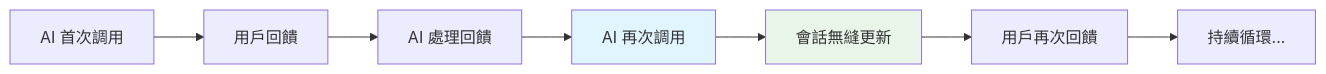
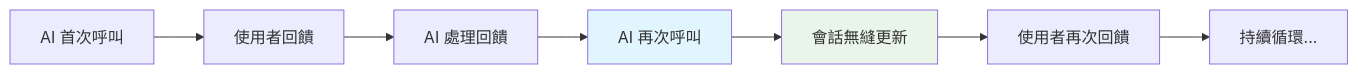
Before and after one commit to CloudEngineHub/mcp-feedback-enhanced: the eighth of 8 diagrams in docs/architecture/system-overview.md, drawn with Mermaid. The commit also changed other lines of this file, not shown here.

````diff
--- a/docs/architecture/system-overview.md
+++ b/docs/architecture/system-overview.md
@@ -491,12 +491,12 @@
 ```mermaid
 graph LR
-    A[AI 首次調用] --> B[用戶回饋]
+    A[AI 首次呼叫] --> B[使用者回饋]
     B --> C[AI 處理回饋]
-    C --> D[AI 再次調用]
+    C --> D[AI 再次呼叫]
     D --> E[會話無縫更新]
-    E --> F[用戶再次回饋]
+    E --> F[使用者再次回饋]
     F --> G[持續循環...]
 
     style D fill:#e1f5fe
     style E fill:#e8f5e8
 ```
````
